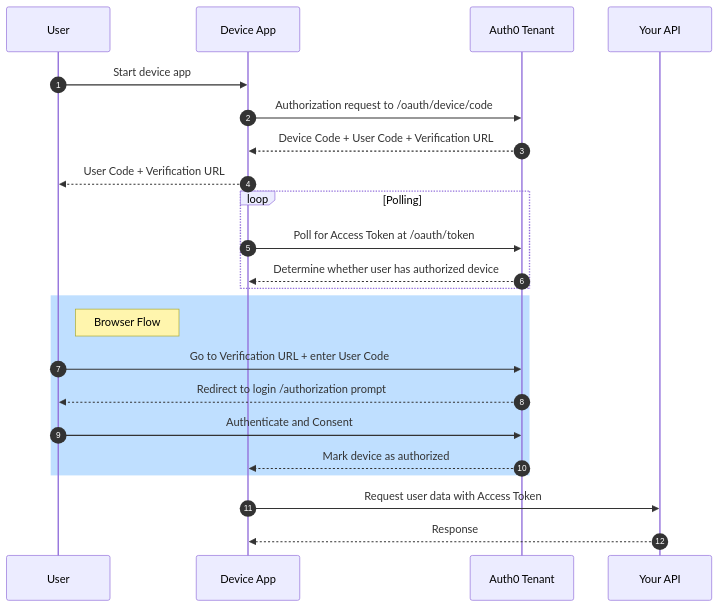
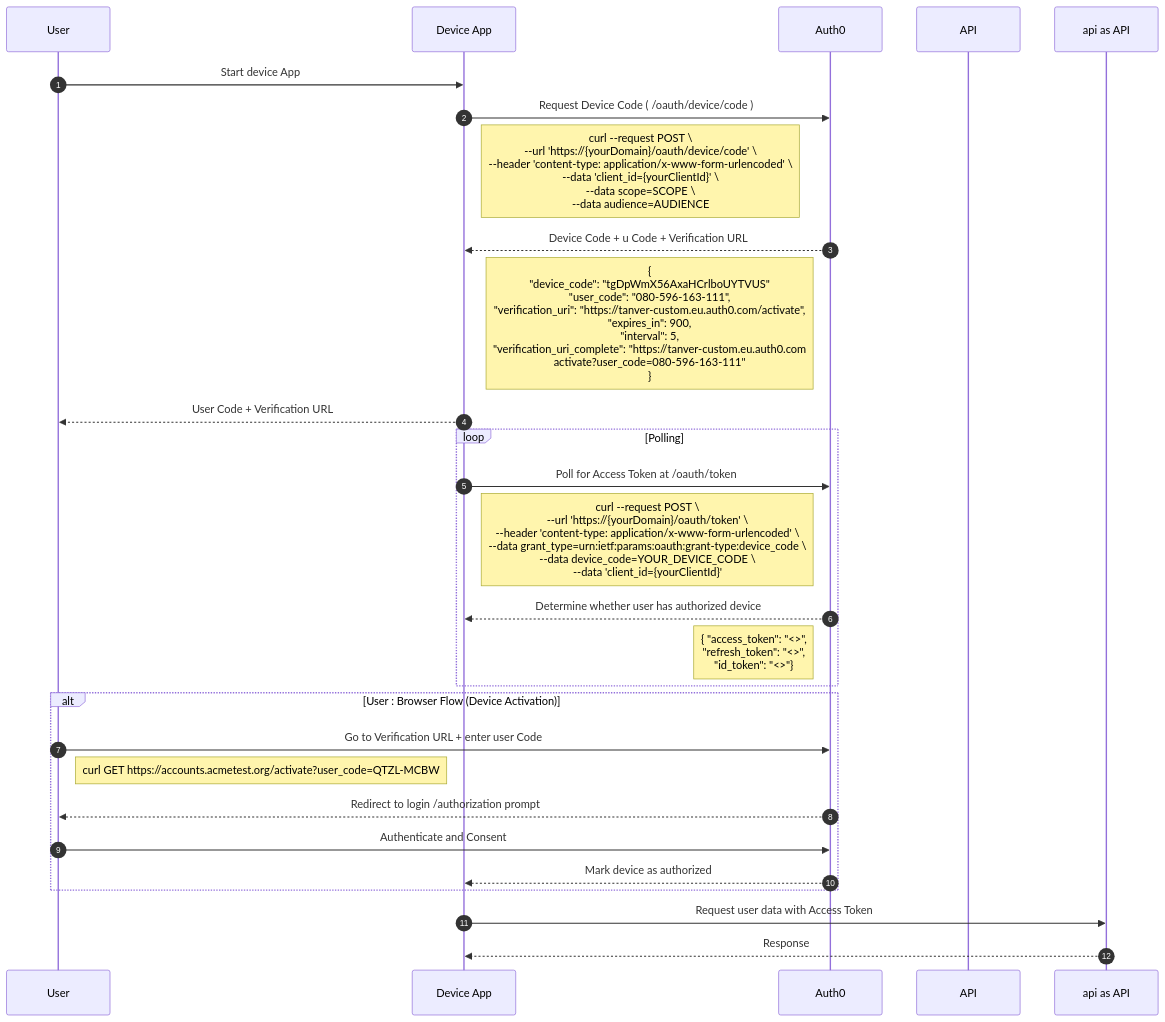
One commit to Tanver-Hasan/oauth2.0-flows- changed the diagram in device_flow.md. Above: the diagram before and after it, drawn with Mermaid. The commit also changed other lines of this file and 11 other files, not shown here.

Commit message:
device activation flow

````diff
--- a/device_flow.md
+++ b/device_flow.md
@@ -2,29 +5,35 @@
 ```mermaid 
 
 sequenceDiagram
     autonumber
-    participant User
-    participant Device App
-    participant Auth0 Tenant
-    participant Your API
+    participant u as User
+    participant da as Device App
+    participant a0 as Auth0
+    participant api as API
 
-    User ->> Device App: Start device app
-    Device App ->> Auth0 Tenant: Authorization request to /oauth/device/code
-    Auth0 Tenant -->> Device App: Device Code + User Code + Verification URL
-    Device App -->> User: User Code + Verification URL
+    u ->> da: Start device App
+    da ->> a0: Request Device Code ( /oauth/device/code ) 
+    note right of da : curl --request POST \ <br/> --url 'https://{yourDomain}/oauth/device/code' \<br/> --header 'content-type: application/x-www-form-urlencoded' \<br/> --data 'client_id={yourClientId}' \<br/> --data scope=SCOPE \<br/> --data audience=AUDIENCE
+    a0 -->> da: Device Code + u Code + Verification URL
+    note left of a0: { <br/> "device_code": "tgDpWmX56AxaHCrlboUYTVUS" <br/>"user_code": "080-596-163-111",<br/> "verification_uri": "https://tanver-custom.eu.auth0.com/activate",<br/>"expires_in": 900,<br/> "interval": 5,<br/>"verification_uri_complete": "https://tanver-custom.eu.auth0.com<br/>activate?user_code=080-596-163-111"<br/>}
+    da -->> u:  User Code + Verification URL
+
     loop Polling
-        Device App ->> Auth0 Tenant: Poll for Access Token at /oauth/token
-        Auth0 Tenant -->> Device App: Determine whether user has authorized device
+        da ->> a0: Poll for Access Token at /oauth/token
+        note right of da: curl --request POST \<br/>--url 'https://{yourDomain}/oauth/token' \<br/>--header 'content-type: application/x-www-form-urlencoded' \<br/>--data grant_type=urn:ietf:params:oauth:grant-type:device_code \<br/> --data device_code=YOUR_DEVICE_CODE \<br/>--data 'client_id={yourClientId}'
+        a0 -->> da: Determine whether user has authorized device
+        note left of a0:  { "access_token": "<>",<br/>"refresh_token": "<>",<br/>"id_token": "<>"}
     end
-    rect rgb(191, 223, 255)
-    note right of User: Browser Flow
-    User ->> Auth0 Tenant: Go to Verification URL + enter User Code
-    Auth0 Tenant -->> User: Redirect to login /authorization prompt
-    User ->> Auth0 Tenant: Authenticate and Consent
-    Auth0 Tenant -->> Device App: Mark device as authorized
+
+    alt User : Browser Flow (Device Activation)
+    u ->> a0: Go to Verification URL + enter user Code
+    note right of u: curl GET https://accounts.acmetest.org/activate?user_code=QTZL-MCBW
+    a0 -->> u: Redirect to login /authorization prompt
+    u ->> a0: Authenticate and Consent
+    a0 -->> da: Mark device as authorized
     end
 
 
-    Device App ->> Your API: Request user data with Access Token
-    Your API -->> Device App: Response
+    da ->> api as API: Request user data with Access Token
+    api as API -->> da: Response
 ```
````
